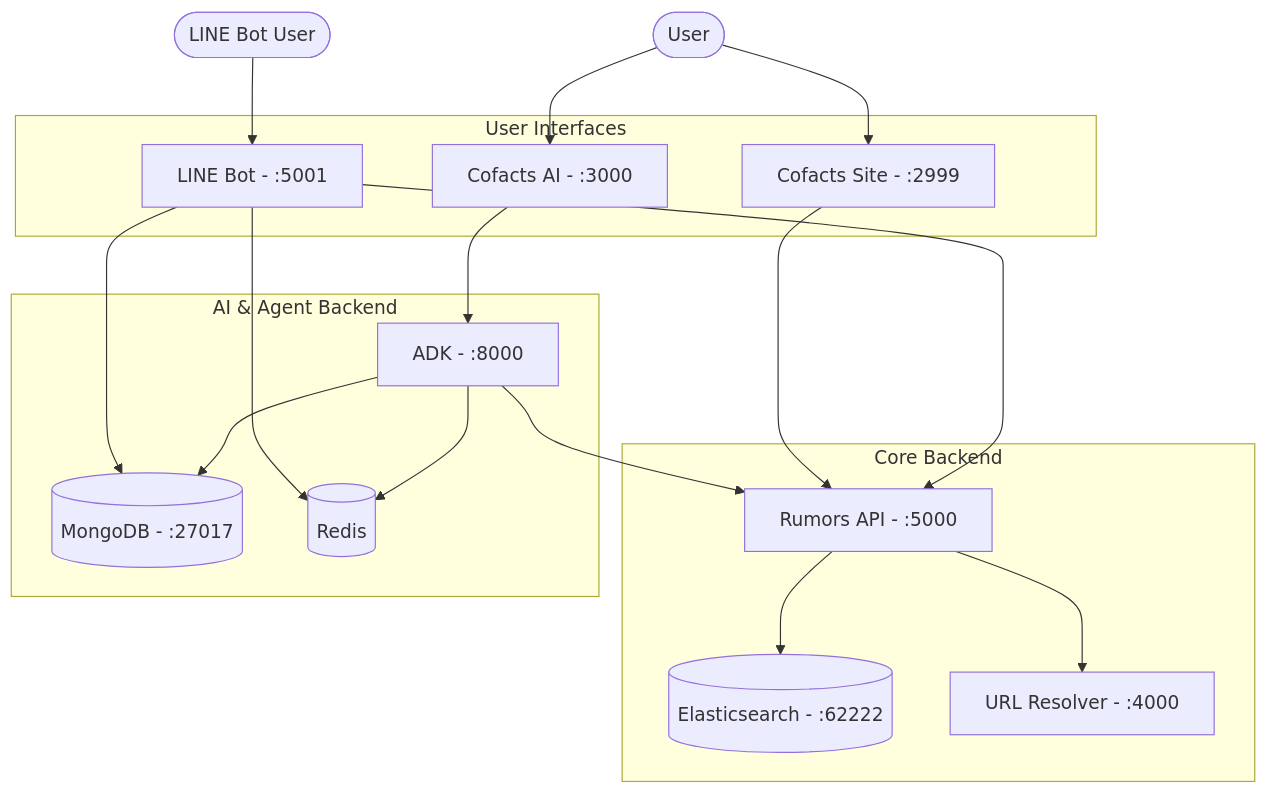
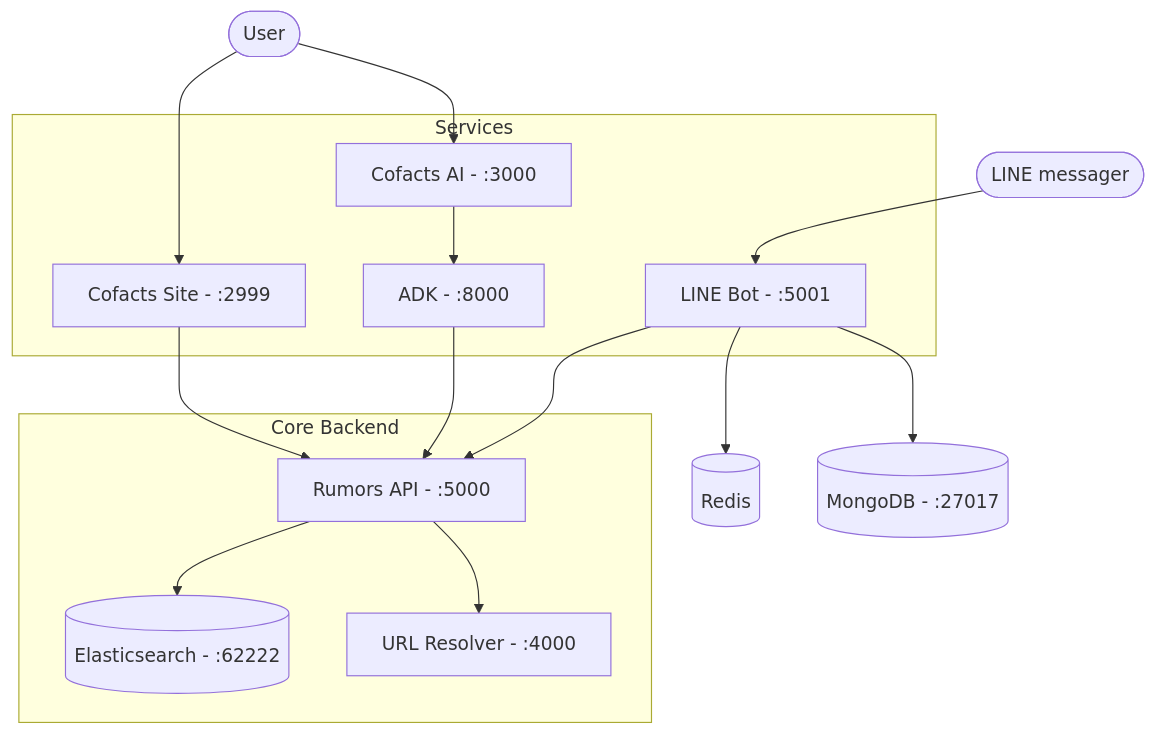
One commit to cofacts/rumors-deploy changed the diagram in README.md. Above: the diagram before and after it, drawn with Mermaid. The commit also changed other lines of this file, not shown here.

Commit message:
Refine architecture diagram and environment sample headers
- Rename User Interfaces to Services and include ADK.
- Simplify diagram by removing subgraphs for databases.
- Adjust LINE bot user label.
- Re-order headers in adk env sample.

````diff
--- a/README.md
+++ b/README.md
@@ -16,40 +16,36 @@
 ```mermaid
 graph TD
     User([User])
-    BotUser([LINE Bot User])
+    BotUser([LINE messager])
 
-    subgraph UI ["User Interfaces"]
+    subgraph UI ["Services"]
         site[Cofacts Site - :2999]
         site_ai[Cofacts AI - :3000]
         bot[LINE Bot - :5001]
+        adk[ADK - :8000]
     end
 
     subgraph Backend ["Core Backend"]
         api[Rumors API - :5000]
         db[(Elasticsearch - :62222)]
         url[URL Resolver - :4000]
     end
 
-    subgraph AI ["AI & Agent Backend"]
-        adk[ADK - :8000]
-        mongo[(MongoDB - :27017)]
-        redis[(Redis)]
-    end
+    mongo[(MongoDB - :27017)]
+    redis[(Redis)]
 
     User --> site
     User --> site_ai
     BotUser --> bot
 
     site --> api
     site_ai --> adk
     bot --> api
     bot --> redis
     bot --> mongo
-    
+
     adk --> api
-    adk --> mongo
-    adk --> redis
-    
+
     api --> db
     api --> url
 ```
````
